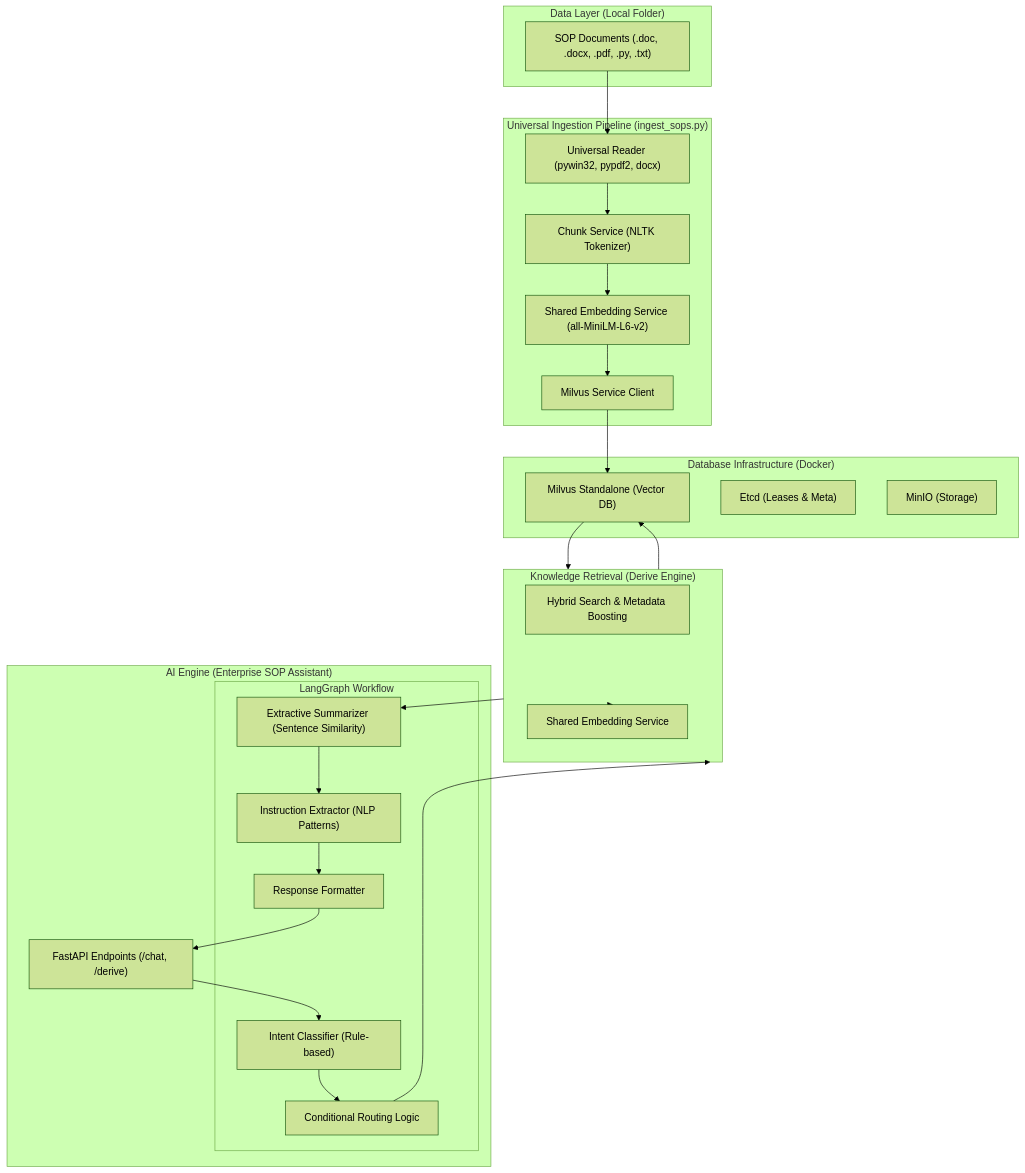
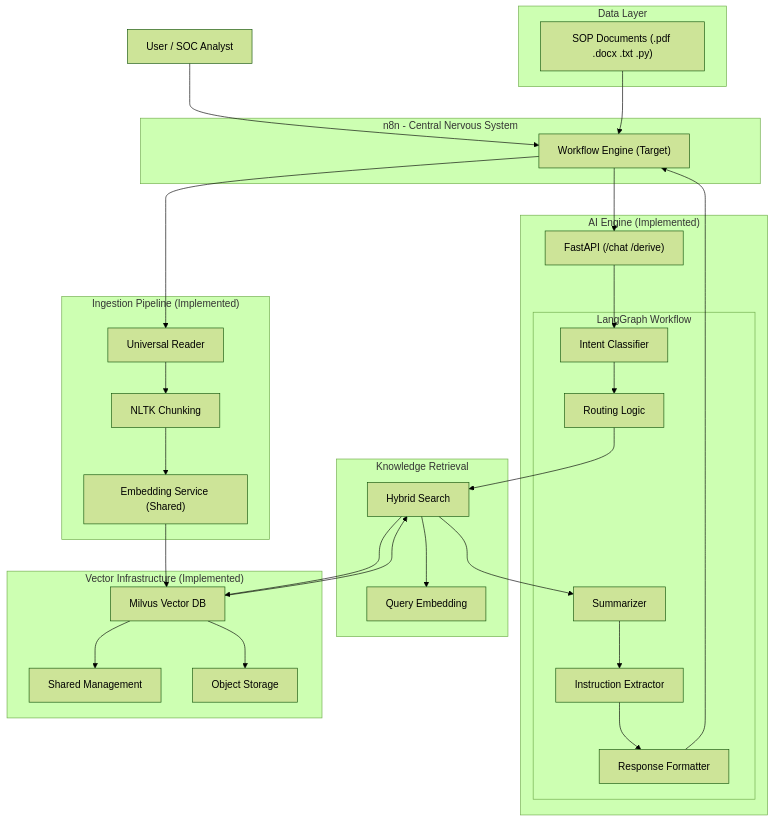
One commit to omkartalathi16-byte/AIsop.backend changed the diagram in ARCHITECTURE.md. Above: the diagram before and after it, drawn with Mermaid (forest theme). The commit also changed other lines of this file, not shown here.

Commit message:
docs: Refine architecture to honest minimalist design (Milvus only)

````diff
--- a/ARCHITECTURE.md
+++ b/ARCHITECTURE.md
@@ -7,55 +7,74 @@
 ```mermaid
 graph TD
-    subgraph Data_Source ["Data Layer (Local Folder)"]
-        Raw_Files["SOP Documents (.doc, .docx, .pdf, .py, .txt)"]
+
+%% ================= USER LAYER =================
+User["User / SOC Analyst"]
+
+%% ================= ORCHESTRATION =================
+subgraph Orchestration ["n8n - Central Nervous System"]
+    n8n["Workflow Engine (Target)"]
+end
+
+%% ================= DATA SOURCE =================
+subgraph Data_Source ["Data Layer"]
+    Files["SOP Documents (.pdf .docx .txt .py)"]
+end
+
+%% ================= INGESTION =================
+subgraph Ingestion ["Ingestion Pipeline (Implemented)"]
+    Reader["Universal Reader"]
+    Chunker["NLTK Chunking"]
+    Embed_I["Embedding Service (Shared)"]
+end
+
+%% ================= AI CORE =================
+subgraph AI_Core ["AI Engine (Implemented)"]
+    API["FastAPI (/chat /derive)"]
+
+    subgraph LangGraph ["LangGraph Workflow"]
+        Intent["Intent Classifier"]
+        Logic["Routing Logic"]
+        Summ["Summarizer"]
+        Extract["Instruction Extractor"]
+        Format["Response Formatter"]
     end
+end
 
-    subgraph Ingestion_Pipeline ["Universal Ingestion Pipeline (ingest_sops.py)"]
-        Reader["Universal Reader (pywin32, pypdf2, docx)"]
-        Chunker["Chunk Service (NLTK Tokenizer)"]
-        Embedder_I["Shared Embedding Service (all-MiniLM-L6-v2)"]
-        DB_Client["Milvus Service Client"]
-    end
+%% ================= RETRIEVAL =================
+subgraph Retrieval ["Knowledge Retrieval"]
+    Hybrid["Hybrid Search"]
+    Embed_Q["Query Embedding"]
+end
 
-    subgraph AI_Core ["AI Engine (Enterprise SOP Assistant)"]
-        API["FastAPI Endpoints (/chat, /derive)"]
-        
-        subgraph Orchestrator ["LangGraph Workflow"]
-            Intent["Intent Classifier (Rule-based)"]
-            Graph_Logic["Conditional Routing Logic"]
-            Summarizer["Extractive Summarizer (Sentence Similarity)"]
-            Extractor["Instruction Extractor (NLP Patterns)"]
-            Formatter["Response Formatter"]
-        end
-    end
+%% ================= VECTOR INFRA =================
+subgraph Infra ["Vector Infrastructure (Implemented)"]
+    Milvus["Milvus Vector DB"]
+    Etcd["Shared Management"]
+    MinIO["Object Storage"]
+end
 
-    subgraph Retrieval ["Knowledge Retrieval (Derive Engine)"]
-        Query_Logic["Hybrid Search & Metadata Boosting"]
-        Embedder_C["Shared Embedding Service"]
-    end
+%% ================= QUERY FLOW =================
+User --> n8n
+n8n --> API
+API --> Intent
+Intent --> Logic
+Logic --> Hybrid
+Hybrid --> Embed_Q
+Hybrid --> Milvus
+Milvus --> Hybrid
+Hybrid --> Summ
+Summ --> Extract
+Extract --> Format
+Format --> n8n
 
-    subgraph Infrastructure ["Database Infrastructure (Docker)"]
-        Milvus["Milvus Standalone (Vector DB)"]
-        Etcd["Etcd (Leases & Meta)"]
-        MinIO["MinIO (Storage)"]
-    end
+%% ================= INGESTION FLOW =================
+Files --> n8n
+n8n --> Reader
+Reader --> Chunker
+Chunker --> Embed_I
+Embed_I --> Milvus
 
-    %% Data Ingestion Flow
-    Raw_Files --> Reader
-    Reader --> Chunker
-    Chunker --> Embedder_I
-    Embedder_I --> DB_Client
-    DB_Client --> Milvus
-
-    %% Chat/Query Flow
-    API --> Intent
-    Intent --> Graph_Logic
-    Graph_Logic --> Retrieval
-    Retrieval --> Embedder_C
-    Retrieval --> Milvus
-    Milvus --> Retrieval
-    Retrieval --> Summarizer
-    Summarizer --> Extractor
-    Extractor --> Formatter
-    Formatter --> API
+%% ================= INFRA LINKS =================
+Milvus --> Etcd
+Milvus --> MinIO
 ```
````
